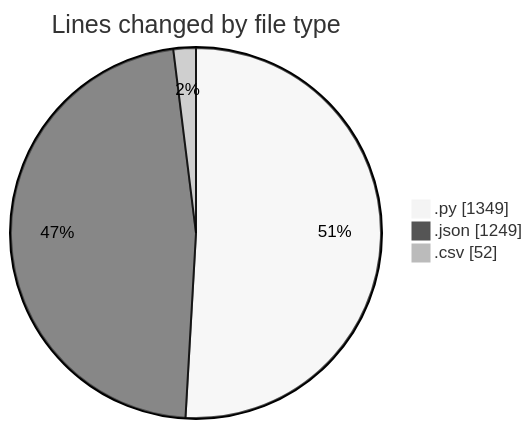
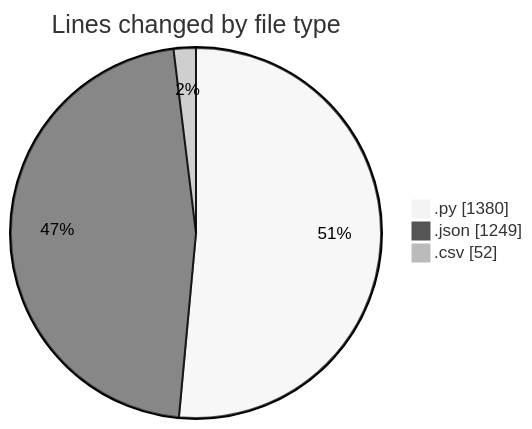
Before and after one commit to EIIisD/code-tracking: the first of 2 diagrams in 2025-07-28/refunds/README.md, drawn with Mermaid (neutral theme). The commit also changed other lines of this file and 1 other file, not shown here.

````diff
--- a/2025-07-28/refunds/README.md
+++ b/2025-07-28/refunds/README.md
@@ -23,7 +23,7 @@
 ```mermaid
 pie showData
 title Lines changed by file type
-".py" : 1349
+".py" : 1380
 ".json" : 1249
 ".csv" : 52
 ```
````
